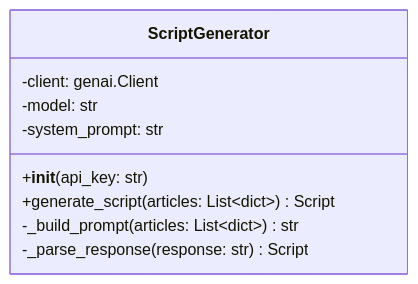
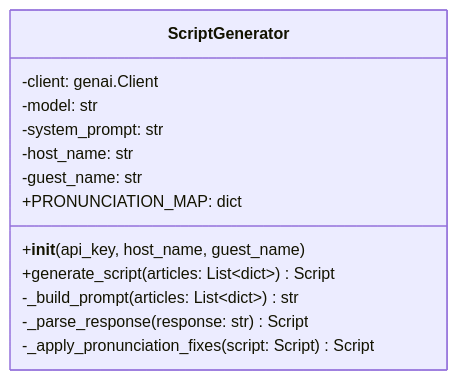
Before and after one commit to necoha/auto-podcast: the second of 6 diagrams in docs/LLD.md, drawn with Mermaid. The commit also changed other lines of this file and 2 other files, not shown here.

````diff
--- a/docs/LLD.md
+++ b/docs/LLD.md
@@ -58,12 +63,16 @@
 ```mermaid
 classDiagram
     class ScriptGenerator {
         -client: genai.Client
         -model: str
         -system_prompt: str
-        +__init__(api_key: str)
+        -host_name: str
+        -guest_name: str
+        +PRONUNCIATION_MAP: dict
+        +__init__(api_key, host_name, guest_name)
         +generate_script(articles: List~dict~) Script
         -_build_prompt(articles: List~dict~) str
         -_parse_response(response: str) Script
+        -_apply_pronunciation_fixes(script: Script) Script
     }
 ```
````
